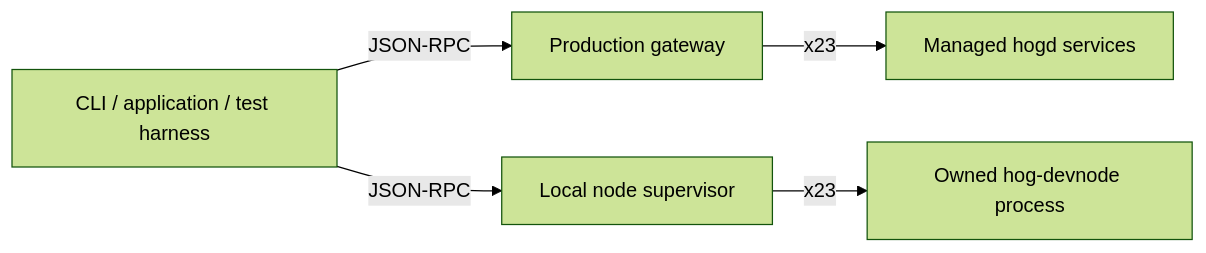
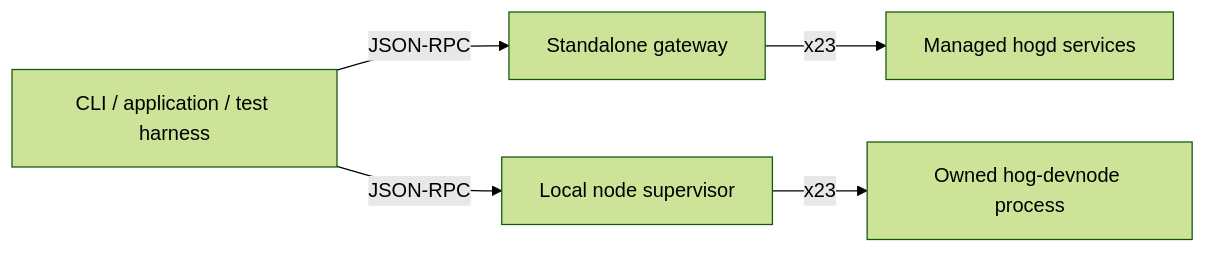
Before and after one commit to thruputchain/thruput-tools: the diagram in docs/architecture.md, drawn with Mermaid (forest theme). The commit also changed other lines of this file and 23 other files, not shown here.

````diff
--- a/docs/architecture.md
+++ b/docs/architecture.md
@@ -10,7 +13,7 @@
 ```mermaid
 flowchart LR
-    C[CLI / application / test harness] -->|JSON-RPC| G[Production gateway]
+    C[CLI / application / test harness] -->|JSON-RPC| G[Standalone gateway]
     C -->|JSON-RPC| L[Local node supervisor]
     G -->|x23| H[Managed hogd services]
     L -->|x23| D[Owned hog-devnode process]
 ```
````
